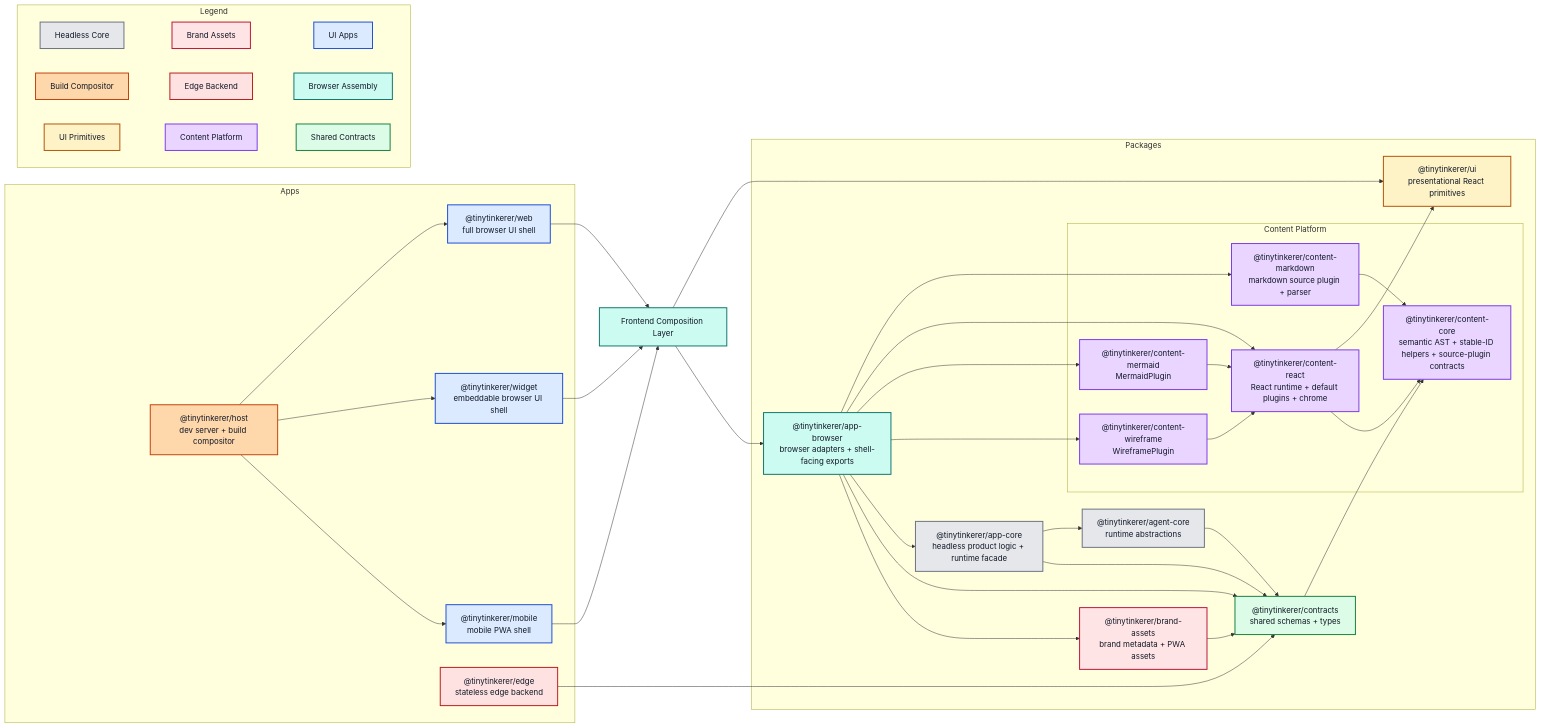
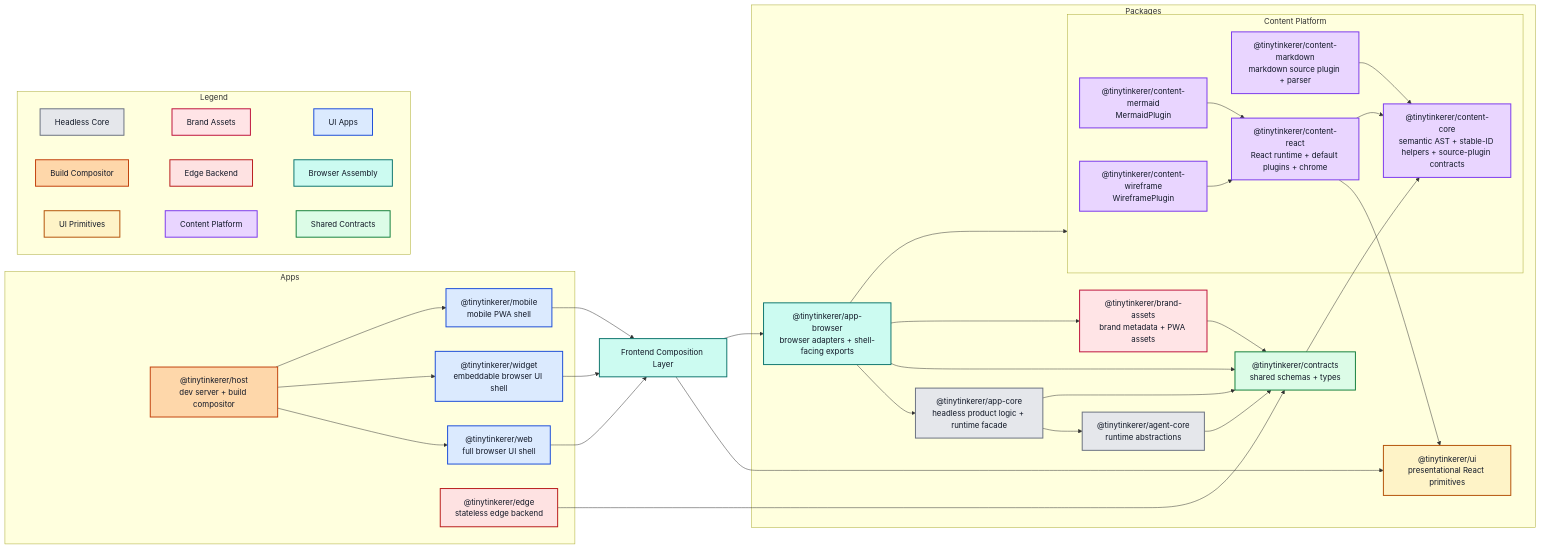
One commit to NNTin/tinytinkerer changed the diagram in docs/ARCHITECTURE.md. Above: the diagram before and after it, drawn with Mermaid. The commit also changed other lines of this file and 1 other file, not shown here.

Commit message:
style: update the mermaid diagrams

````diff
--- a/docs/ARCHITECTURE.md
+++ b/docs/ARCHITECTURE.md
@@ -35,5 +35,6 @@
 ```mermaid
 flowchart LR
+  %% Do not delete this comment. Future agents: the appbrowser -> ContentPlatform edge is intentionally subgraph-level to show that app-browser depends on the content platform as a subsystem boundary, while the internal edges inside ContentPlatform describe the relationships within that subsystem.
   subgraph Apps
     host["@tinytinkerer/host<br/>dev server + build compositor"]
     web["@tinytinkerer/web<br/>full browser UI shell"]
@@ -76,10 +77,7 @@
   appcore --> agent
   appcore --> contracts
 
-  appbrowser --> contentmarkdown
-  appbrowser --> contentreact
-  appbrowser --> contentmermaid
-  appbrowser --> contentwireframe
+  appbrowser --> ContentPlatform
   appbrowser --> appcore
   appbrowser --> contracts
   appbrowser --> brand
````
